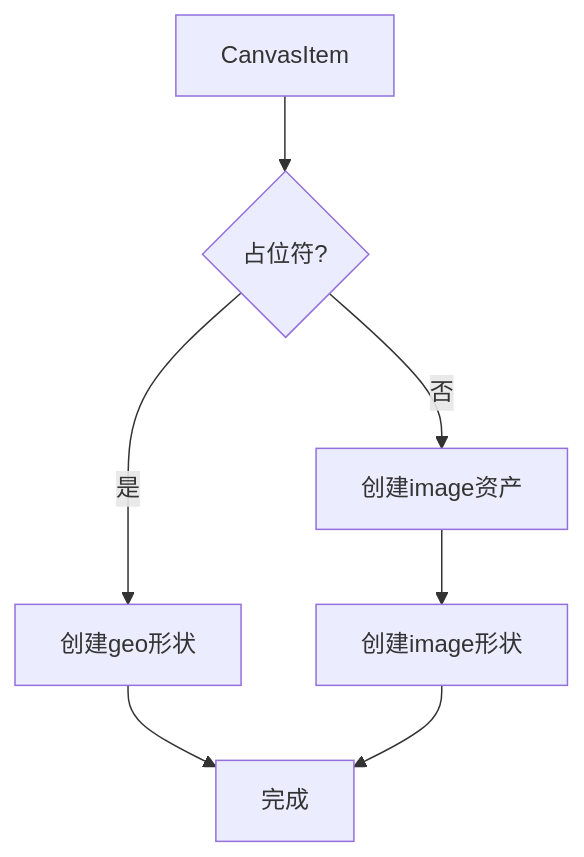
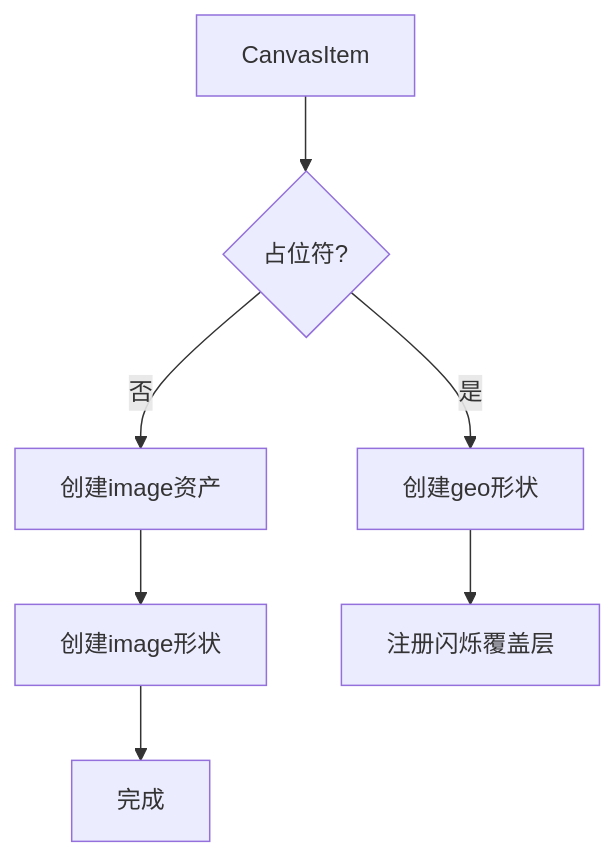
Before and after one commit to billye220670/BananaFlow2: diagram 17 of 29 in .qoder/repowiki/zh/content/核心功能模块/画布交互系统.md, drawn with Mermaid. The commit also changed other lines of this file and 22 other files, not shown here.

````diff
--- a/.qoder/repowiki/zh/content/核心功能模块/画布交互系统.md
+++ b/.qoder/repowiki/zh/content/核心功能模块/画布交互系统.md
@@ -670,9 +764,9 @@
 ```mermaid
 flowchart TD
 Item[CanvasItem] --> CheckPlaceholder{占位符?}
 CheckPlaceholder --> |是| GeoShape[创建geo形状]
 CheckPlaceholder --> |否| Asset[创建image资产]
 Asset --> ImageShape[创建image形状]
-GeoShape --> Done[完成]
-ImageShape --> Done
+GeoShape --> ShimmerOverlay[注册闪烁覆盖层]
+ImageShape --> Done[完成]
 ```
````
